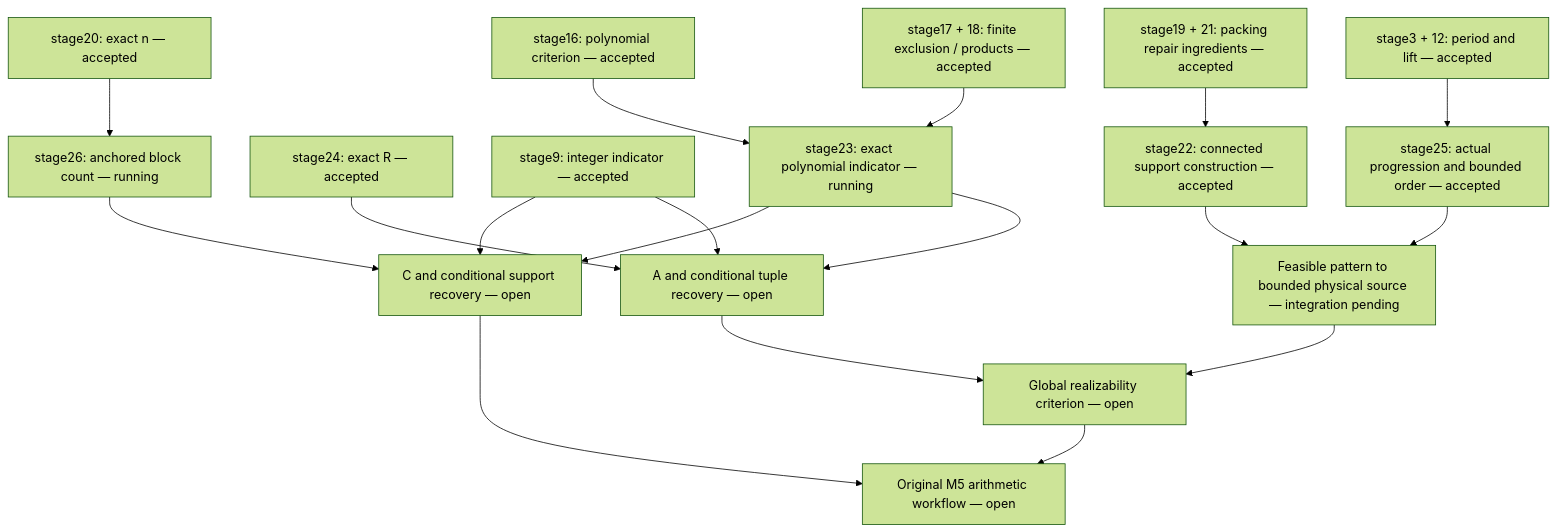
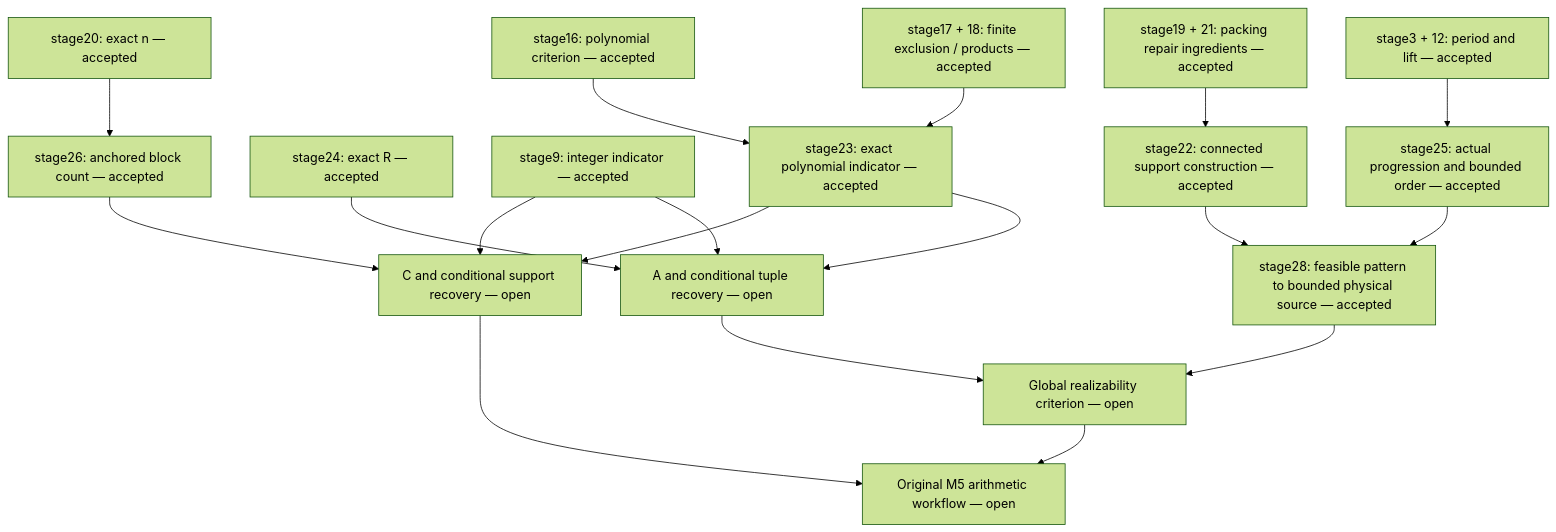
Before and after one commit to humanfia/science-mango: the diagram in pipelines/quantum_formalize/examples/m5/PROOF_CHAIN.md, drawn with Mermaid (forest theme). The commit also changed other lines of this file and 469 other files, not shown here.

Commit message:
Accept feasible-source theorem and exact signature/count bridges

````diff
--- a/pipelines/quantum_formalize/examples/m5/PROOF_CHAIN.md
+++ b/pipelines/quantum_formalize/examples/m5/PROOF_CHAIN.md
@@ -20,20 +20,20 @@
 ```mermaid
 flowchart TD
-  n[stage20: exact n — accepted] --> anchor[stage26: anchored block count — running]
+  n[stage20: exact n — accepted] --> anchor[stage26: anchored block count — accepted]
   R[stage24: exact R — accepted] --> A[A and conditional tuple recovery — open]
   int[stage9: integer indicator — accepted] --> C[C and conditional support recovery — open]
-  crit[stage16: polynomial criterion — accepted] --> pie[stage23: exact polynomial indicator — running]
+  crit[stage16: polynomial criterion — accepted] --> pie[stage23: exact polynomial indicator — accepted]
   finite[stage17 + 18: finite exclusion / products — accepted] --> pie
   pie --> C
   pie --> A
   int --> A
   anchor --> C
   pack[stage19 + 21: packing repair ingredients — accepted] --> construct[stage22: connected support construction — accepted]
   period[stage3 + 12: period and lift — accepted] --> orders[stage25: actual progression and bounded order — accepted]
-  construct --> bounded[Feasible pattern to bounded physical source — integration pending]
+  construct --> bounded[stage28: feasible pattern to bounded physical source — accepted]
   orders --> bounded
   A --> global[Global realizability criterion — open]
   bounded --> global
   C --> final[Original M5 arithmetic workflow — open]
   global --> final
 ```
````
